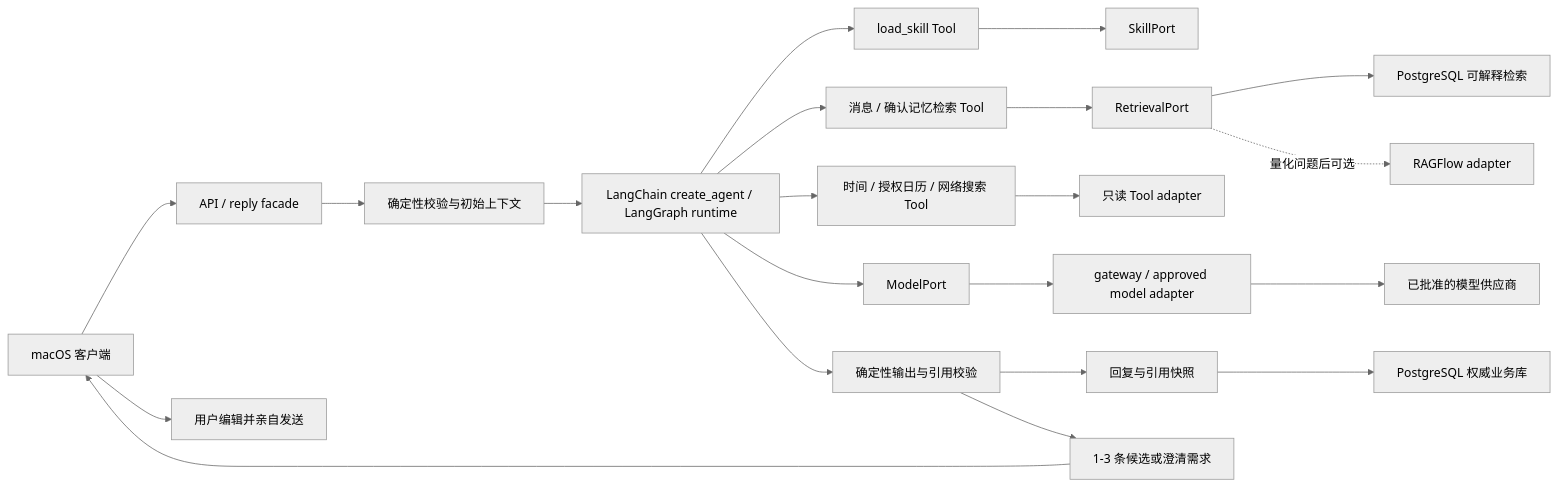
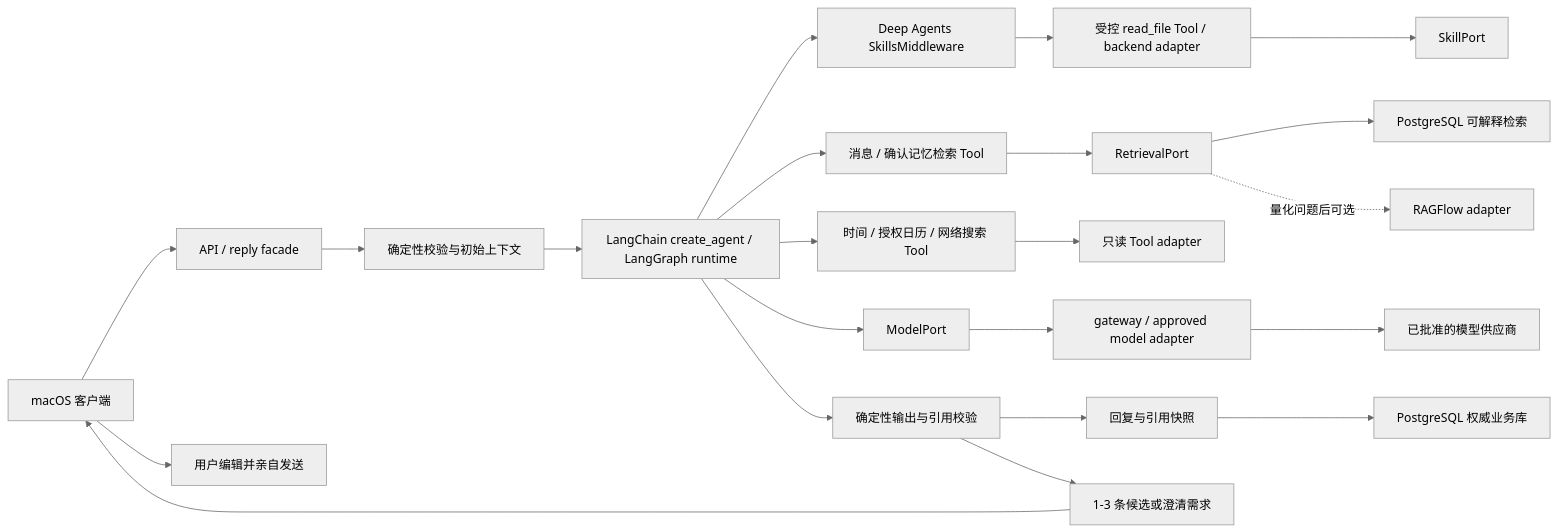
The first of 2 diagrams in architecture/drafts/agent-runtime.md (Aqua-ava/NotAlone), drawn with Mermaid (neutral theme) before and after one commit. The commit also changed other lines of this file and 9 other files, not shown here.

First line of the commit message:
采用 Deep Agents Skill 加载组件

````diff
--- a/architecture/drafts/agent-runtime.md
+++ b/architecture/drafts/agent-runtime.md
@@ -9,27 +9,28 @@
 ```mermaid
 flowchart LR
     Client["macOS 客户端"] --> API["API / reply facade"]
     API --> Scope["确定性校验与初始上下文"]
     Scope --> Agent["LangChain create_agent / LangGraph runtime"]
 
-    Agent --> SkillTool["load_skill Tool"]
-    SkillTool --> SkillPort["SkillPort"]
+    Agent --> SkillMiddleware["Deep Agents SkillsMiddleware"]
+    SkillMiddleware --> SkillRead["受控 read_file Tool / backend adapter"]
+    SkillRead --> SkillPort["SkillPort"]
     Agent --> SearchTools["消息 / 确认记忆检索 Tool"]
     SearchTools --> RetrievalPort["RetrievalPort"]
     RetrievalPort --> PgRetriever["PostgreSQL 可解释检索"]
     RetrievalPort -. "量化问题后可选" .-> Ragflow["RAGFlow adapter"]
 
     Agent --> RuntimeTools["时间 / 授权日历 / 网络搜索 Tool"]
     RuntimeTools --> ExternalAdapters["只读 Tool adapter"]
 
     Agent --> ModelPort["ModelPort"]
     ModelPort --> Gateway["gateway / approved model adapter"]
     Gateway --> Provider["已批准的模型供应商"]
 
     Agent --> Validate["确定性输出与引用校验"]
     Validate --> Trace["回复与引用快照"]
     Trace --> Postgres["PostgreSQL 权威业务库"]
     Validate --> Result["1-3 条候选或澄清需求"]
     Result --> Client
     Client --> Manual["用户编辑并亲自发送"]
 ```
````
